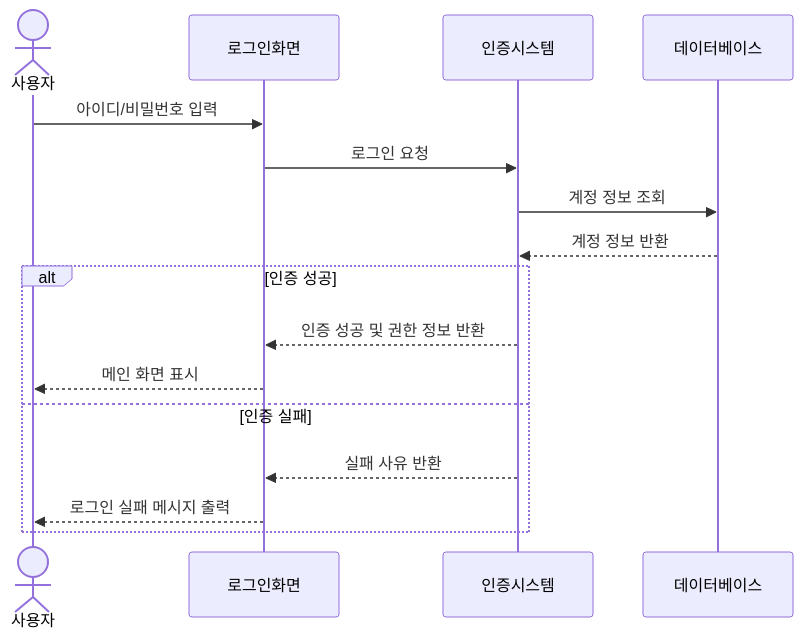
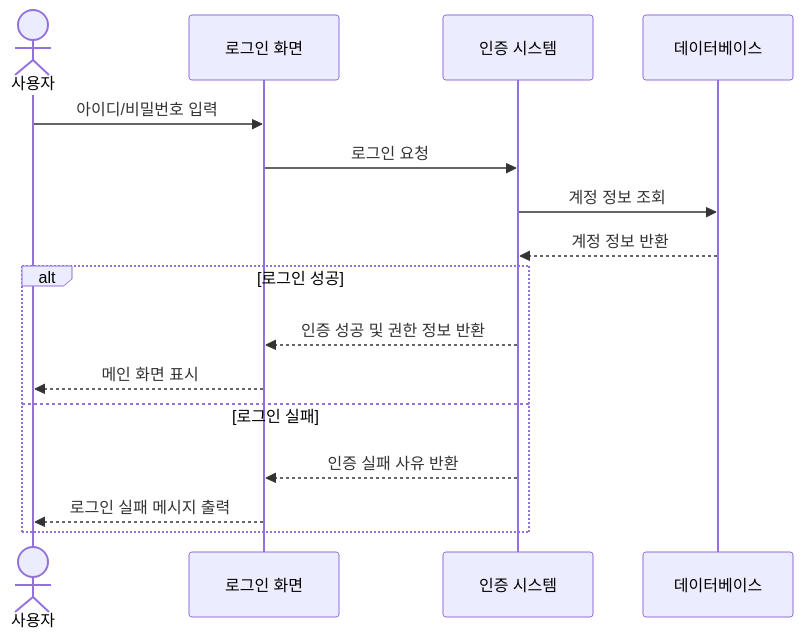
One commit to csharon0218/se changed the seventh of 16 diagrams in doc/requirements_analysis.md. Above: the diagram before and after it, drawn with Mermaid. The commit also changed other lines of this file and 7 other files, not shown here.

````diff
--- a/doc/requirements_analysis.md
+++ b/doc/requirements_analysis.md
@@ -1181,19 +1479,20 @@
 ```mermaid
 sequenceDiagram
     actor User as 사용자
-    participant UI as 로그인화면
-    participant Auth as 인증시스템
+    participant UI as 로그인 화면
+    participant Auth as 인증 시스템
     participant DB as 데이터베이스
 
     User->>UI: 아이디/비밀번호 입력
     UI->>Auth: 로그인 요청
     Auth->>DB: 계정 정보 조회
     DB-->>Auth: 계정 정보 반환
-    alt 인증 성공
+
+    alt 로그인 성공
         Auth-->>UI: 인증 성공 및 권한 정보 반환
         UI-->>User: 메인 화면 표시
-    else 인증 실패
-        Auth-->>UI: 실패 사유 반환
+    else 로그인 실패
+        Auth-->>UI: 인증 실패 사유 반환
         UI-->>User: 로그인 실패 메시지 출력
     end
 ```
````
